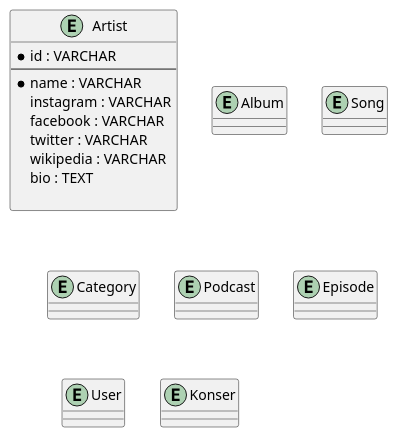
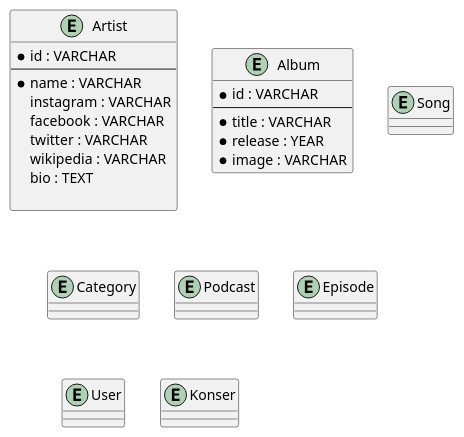
One commit to bayubagusbagaswara/design-database-spotify-clone changed the diagram in src/entity.puml. Above: the diagram before and after it, drawn with PlantUML.

Commit message:
menentukan attribute untuk Album

```diff
--- a/src/entity.puml
+++ b/src/entity.puml
@@ -1,27 +1,32 @@
 @startuml
 entity Artist {
     * id : VARCHAR
     --
     * name : VARCHAR
     instagram : VARCHAR
     facebook : VARCHAR
     twitter : VARCHAR
     wikipedia : VARCHAR
     bio : TEXT
 
 }
 entity Album {
+    * id : VARCHAR
+    --
+    * title : VARCHAR
+    * release : YEAR
+    * image : VARCHAR
 }
 entity Song {
 }
 entity Category {
 }
 entity Podcast {
 }
 entity Episode {
 }
 entity User{
 }
 entity Konser{
 }
 @enduml
```
